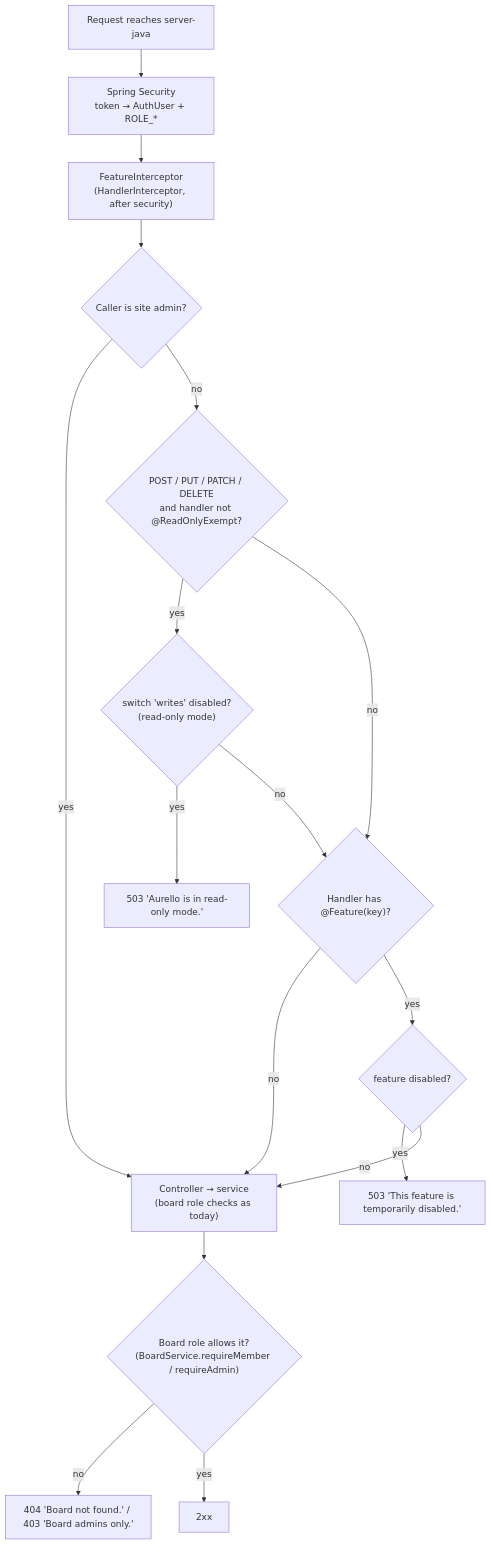
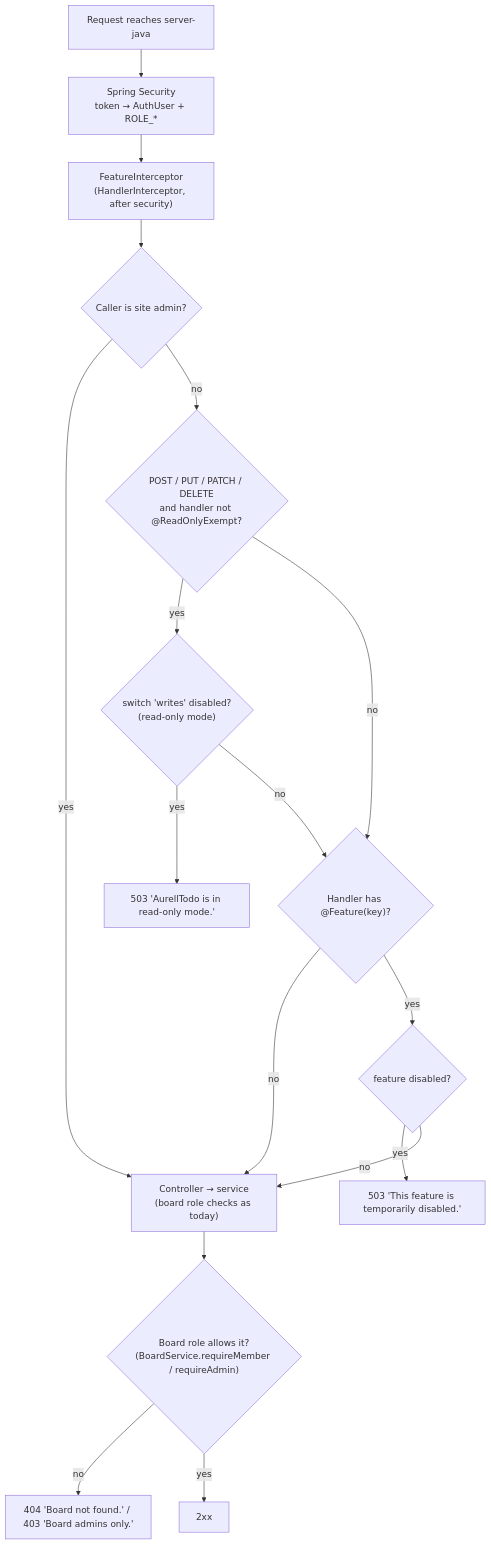
The first of 4 diagrams in docs/feature-switches.md (Cypedium/aurelljiracard), drawn with Mermaid before and after one commit. The commit also changed other lines of this file and 46 other files, not shown here.

````diff
--- a/docs/feature-switches.md
+++ b/docs/feature-switches.md
@@ -79,19 +79,19 @@
 ```mermaid
 flowchart TD
     R["Request reaches server-java"] --> S["Spring Security<br/>token → AuthUser + ROLE_*"]
     S --> I["FeatureInterceptor<br/>(HandlerInterceptor, after security)"]
     I --> A{"Caller is site admin?"}
     A -->|yes| C["Controller → service<br/>(board role checks as today)"]
     A -->|no| W{"POST / PUT / PATCH / DELETE<br/>and handler not @ReadOnlyExempt?"}
     W -->|yes| RO{"switch 'writes' disabled?<br/>(read-only mode)"}
-    RO -->|yes| E1["503 'Aurello is in read-only mode.'"]
+    RO -->|yes| E1["503 'AurellTodo is in read-only mode.'"]
     RO -->|no| F
     W -->|no| F{"Handler has @Feature(key)?"}
     F -->|no| C
     F -->|yes| D{"feature disabled?"}
     D -->|yes| E2["503 'This feature is temporarily disabled.'"]
     D -->|no| C
     C --> B{"Board role allows it?<br/>(BoardService.requireMember / requireAdmin)"}
     B -->|no| E3["404 'Board not found.' / 403 'Board admins only.'"]
     B -->|yes| OK["2xx"]
 ```
````
